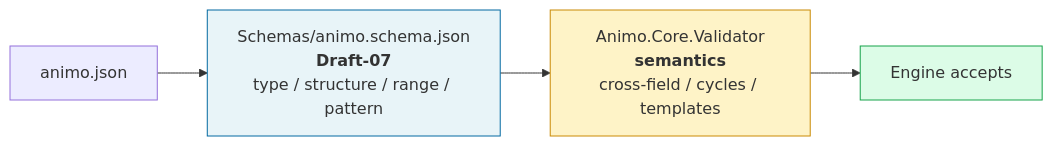
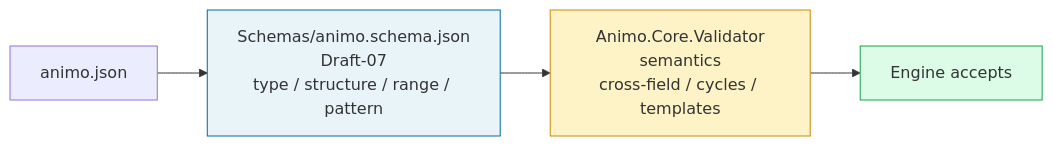
Before and after one commit to hiroxpepe/animo: the ninth of 12 diagrams in README.md, drawn with Mermaid. The commit also changed other lines of this file and 11 other files, not shown here.

````diff
--- a/README.md
+++ b/README.md
@@ -284,11 +284,11 @@
 ```mermaid
 flowchart LR
   JSON["animo.json"]
-  Schema["Schemas/animo.schema.json<br/><b>Draft-07</b><br/>type / structure / range / pattern"]
-  Validator["Animo.Core.Validator<br/><b>semantics</b><br/>cross-field / cycles / templates"]
+  Schema["Schemas/animo.schema.json<br/>Draft-07<br/>type / structure / range / pattern"]
+  Validator["Animo.Core.Validator<br/>semantics<br/>cross-field / cycles / templates"]
   Engine["Engine accepts"]
   JSON --> Schema --> Validator --> Engine
   style Schema fill:#e8f4f8,stroke:#0369a1
   style Validator fill:#fef3c7,stroke:#ca8a04
   style Engine fill:#dcfce7,stroke:#16a34a
 ```
````
